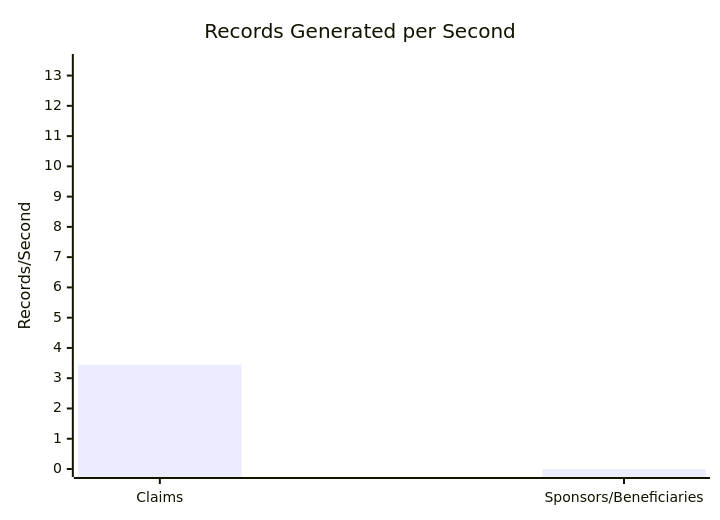
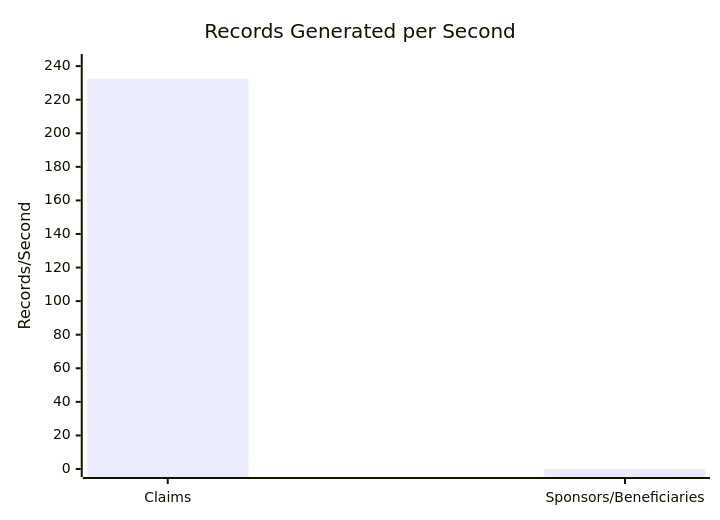
One commit to dhagan-va/intern-2025 changed the first of 11 diagrams in test-tools/DataGen/src/Statistics_Visualizer.md. Above: the diagram before and after it, drawn with Mermaid. The commit also changed other lines of this file and 5 other files, not shown here.

````diff
--- a/test-tools/DataGen/src/Statistics_Visualizer.md
+++ b/test-tools/DataGen/src/Statistics_Visualizer.md
@@ -18,7 +18,7 @@
 ```mermaid
 xychart-beta
     title "Records Generated per Second"
     x-axis ["Claims", "Sponsors/Beneficiaries"]
-    y-axis "Records/Second" 0 --> 13.44827824019189
-    bar [3.4482782401918897, 0.0]
+    y-axis "Records/Second" 0 --> 242.45002324500234
+    bar [232.45002324500234, 0.0]
 ```
````
